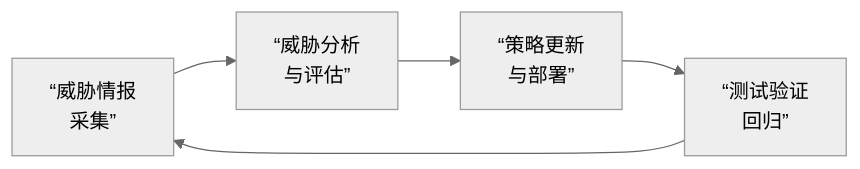
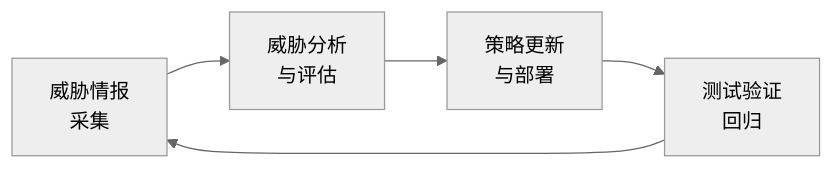
The fifth of 5 diagrams in 11_governance/11.3_emerging_threats.md (yeasy/ai_security_guide), drawn with Mermaid (neutral theme) before and after one commit. The commit also changed other lines of this file and 4 other files, not shown here.

First line of the commit message:
修复 Mermaid 弯引号和标题层级问题

````diff
--- a/11_governance/11.3_emerging_threats.md
+++ b/11_governance/11.3_emerging_threats.md
@@ -322,7 +322,7 @@
 ```mermaid
 flowchart LR
-    A[“威胁情报<br/>采集”] --> B[“威胁分析<br/>与评估”]
-    B --> C[“策略更新<br/>与部署”]
-    C --> D[“测试验证<br/>回归”]
+    A["威胁情报<br/>采集"] --> B["威胁分析<br/>与评估"]
+    B --> C["策略更新<br/>与部署"]
+    C --> D["测试验证<br/>回归"]
     D --> A
 ```
````
